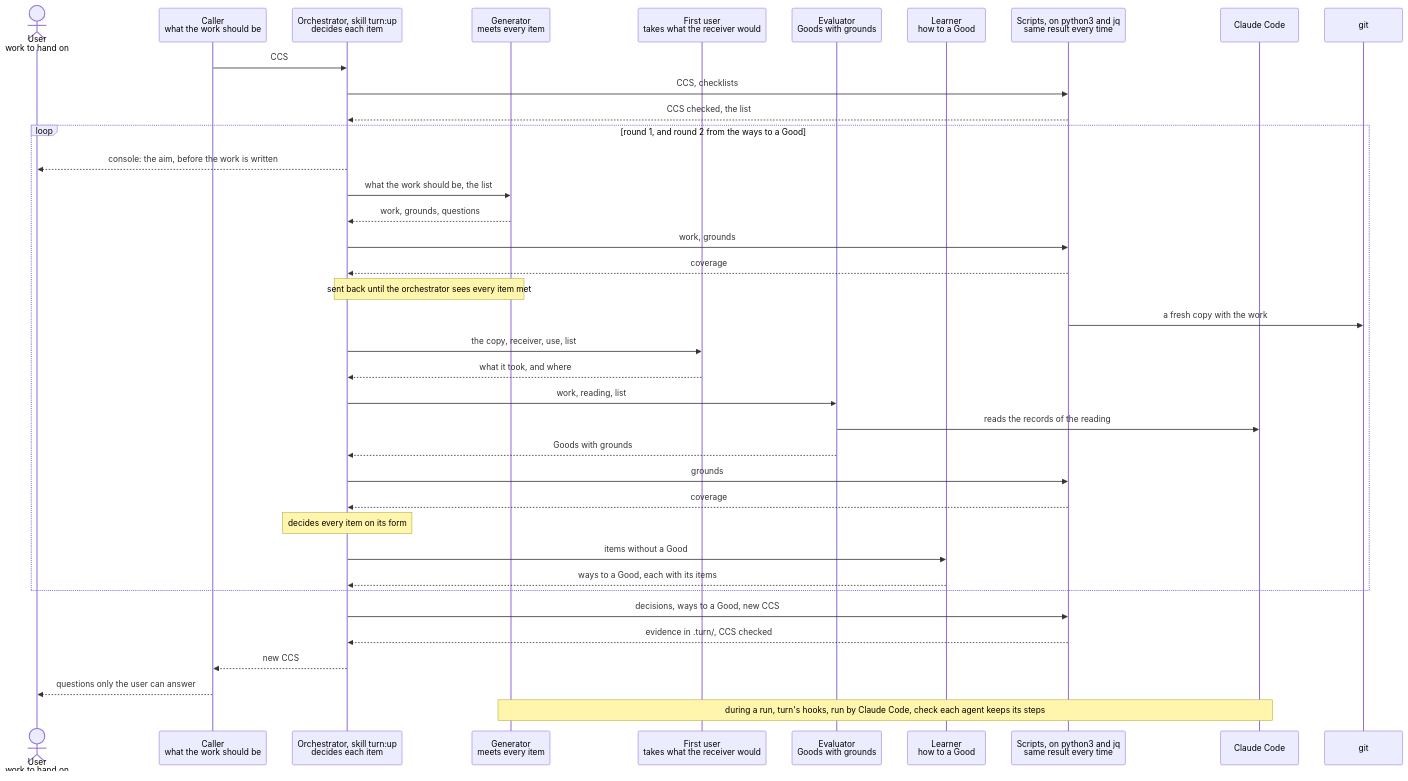
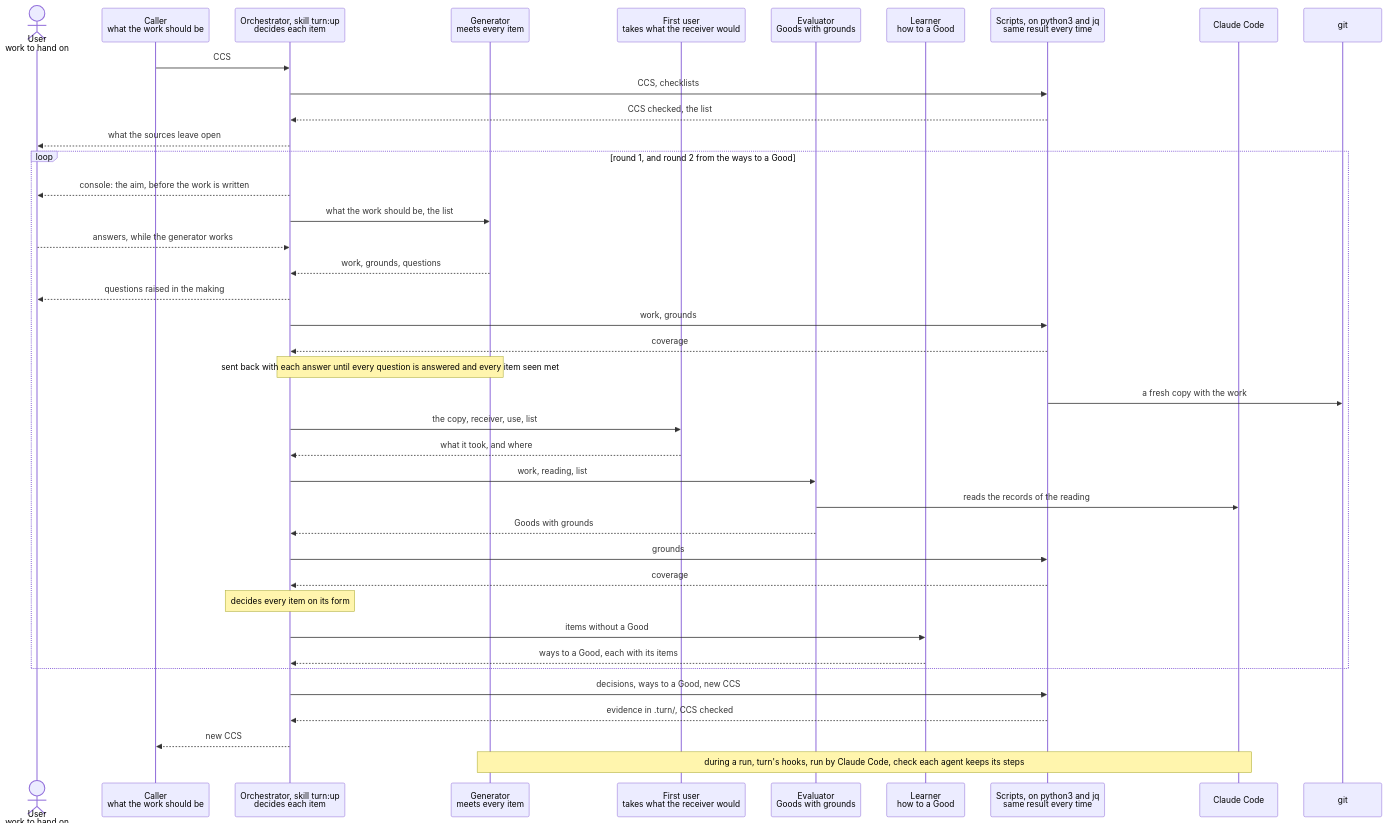
The diagram in dev/turn/design.md (lovaizu/ccpm), drawn with Mermaid before and after one commit. The commit also changed other lines of this file and 2 other files, not shown here.

First line of the commit message:
turn docs: the orchestrator asks the user at once, while the work goes on

````diff
--- a/dev/turn/design.md
+++ b/dev/turn/design.md
@@ -162,40 +163,42 @@
 ```mermaid
 sequenceDiagram
   actor U as User<br/>work to hand on
   participant C as Caller<br/>what the work should be
   participant O as Orchestrator, skill turn:up<br/>decides each item
   participant G as Generator<br/>meets every item
   participant F as First user<br/>takes what the receiver would
   participant E as Evaluator<br/>Goods with grounds
   participant L as Learner<br/>how to a Good
   participant S as Scripts, on python3 and jq<br/>same result every time
   participant CC as Claude Code
   participant GIT as git
   C->>O: CCS
   O->>S: CCS, checklists
   S-->>O: CCS checked, the list
+  O-->>U: what the sources leave open
   loop round 1, and round 2 from the ways to a Good
     O-->>U: console: the aim, before the work is written
     O->>G: what the work should be, the list
+    U-->>O: answers, while the generator works
     G-->>O: work, grounds, questions
+    O-->>U: questions raised in the making
     O->>S: work, grounds
     S-->>O: coverage
-    Note over O,G: sent back until the orchestrator sees every item met
+    Note over O,G: sent back with each answer until every question is answered and every item seen met
     S->>GIT: a fresh copy with the work
     O->>F: the copy, receiver, use, list
     F-->>O: what it took, and where
     O->>E: work, reading, list
     E->>CC: reads the records of the reading
     E-->>O: Goods with grounds
     O->>S: grounds
     S-->>O: coverage
     Note over O: decides every item on its form
     O->>L: items without a Good
     L-->>O: ways to a Good, each with its items
   end
   O->>S: decisions, ways to a Good, new CCS
   S-->>O: evidence in .turn/, CCS checked
   O-->>C: new CCS
-  C-->>U: questions only the user can answer
   Note over G,CC: during a run, turn's hooks, run by Claude Code, check each agent keeps its steps
 ```
````
